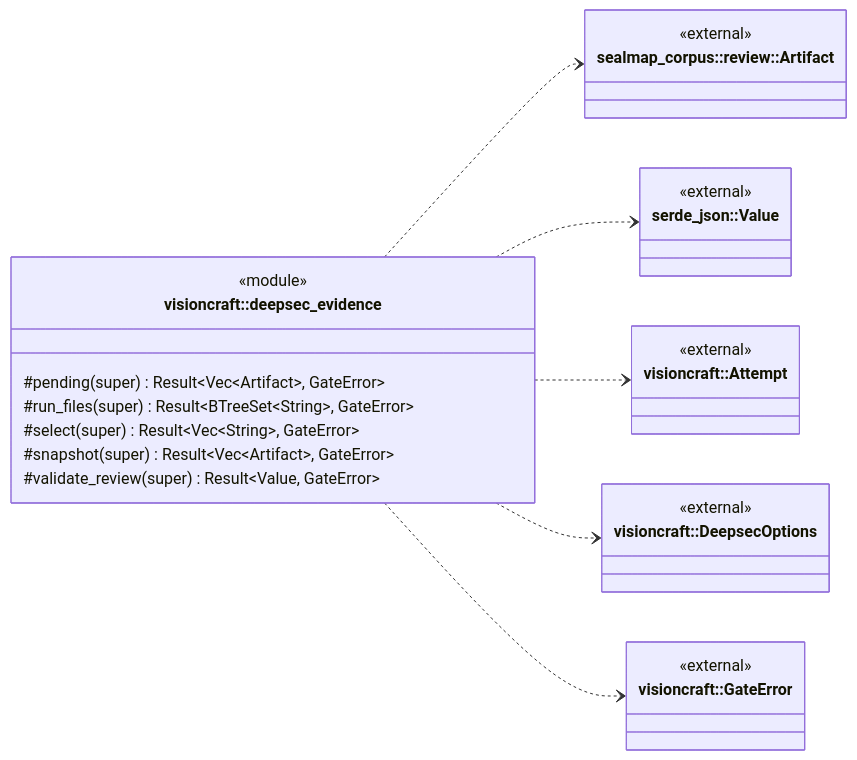
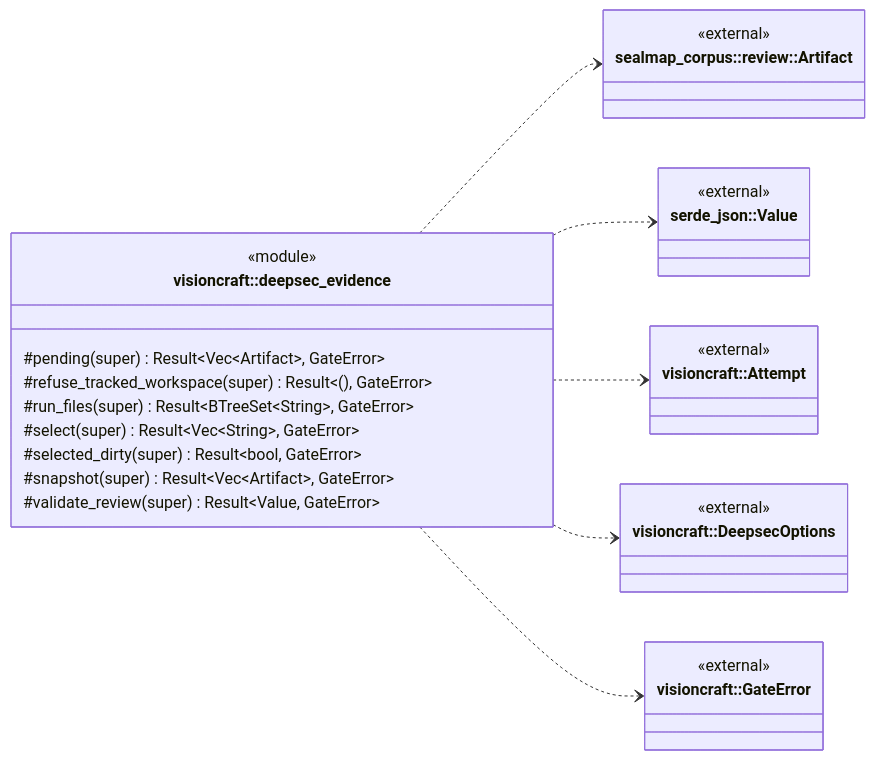
Before and after one commit to DreamLab-AI/visioncraft: the first of 9 diagrams in docs/diagrams/generated/src/deepsec_evidence.rs.md, drawn with Mermaid. The commit also changed other lines of this file and 10 other files, not shown here.

Commit message:
Verify final release architecture and refresh generated diagrams

````diff
--- a/docs/diagrams/generated/src/deepsec_evidence.rs.md
+++ b/docs/diagrams/generated/src/deepsec_evidence.rs.md
@@ -14,32 +14,34 @@
 ```mermaid
 classDiagram
   direction LR
   class visioncraft__deepsec_evidence["visioncraft::deepsec_evidence"] {
     <<module>>
     #pending(super) Result#lt;Vec#lt;Artifact#gt;, GateError#gt;
+    #refuse_tracked_workspace(super) Result#lt;#40;#41;, GateError#gt;
     #run_files(super) Result#lt;BTreeSet#lt;String#gt;, GateError#gt;
     #select(super) Result#lt;Vec#lt;String#gt;, GateError#gt;
+    #selected_dirty(super) Result#lt;bool, GateError#gt;
     #snapshot(super) Result#lt;Vec#lt;Artifact#gt;, GateError#gt;
     #validate_review(super) Result#lt;Value, GateError#gt;
   }
   class _sealmap_corpus__review__Artifact["sealmap_corpus::review::Artifact"] {
     <<external>>
   }
   class _serde_json__Value["serde_json::Value"] {
     <<external>>
   }
   class _visioncraft__Attempt["visioncraft::Attempt"] {
     <<external>>
   }
   class _visioncraft__DeepsecOptions["visioncraft::DeepsecOptions"] {
     <<external>>
   }
   class _visioncraft__GateError["visioncraft::GateError"] {
     <<external>>
   }
   visioncraft__deepsec_evidence ..> _sealmap_corpus__review__Artifact
   visioncraft__deepsec_evidence ..> _serde_json__Value
   visioncraft__deepsec_evidence ..> _visioncraft__Attempt
   visioncraft__deepsec_evidence ..> _visioncraft__DeepsecOptions
   visioncraft__deepsec_evidence ..> _visioncraft__GateError
 ```
````
